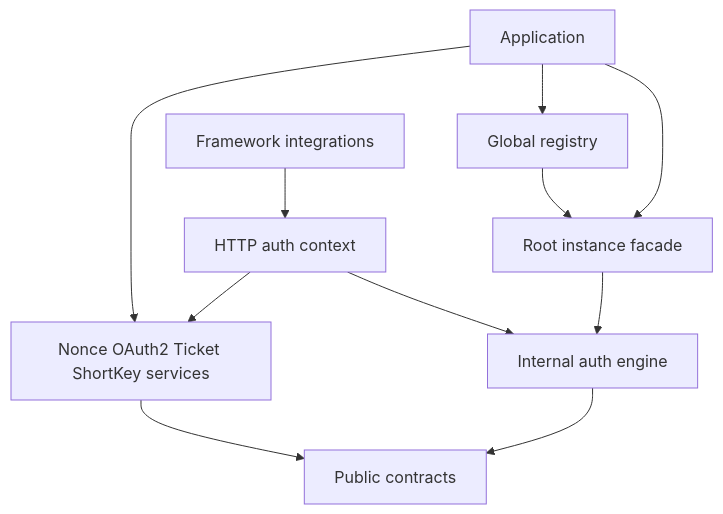
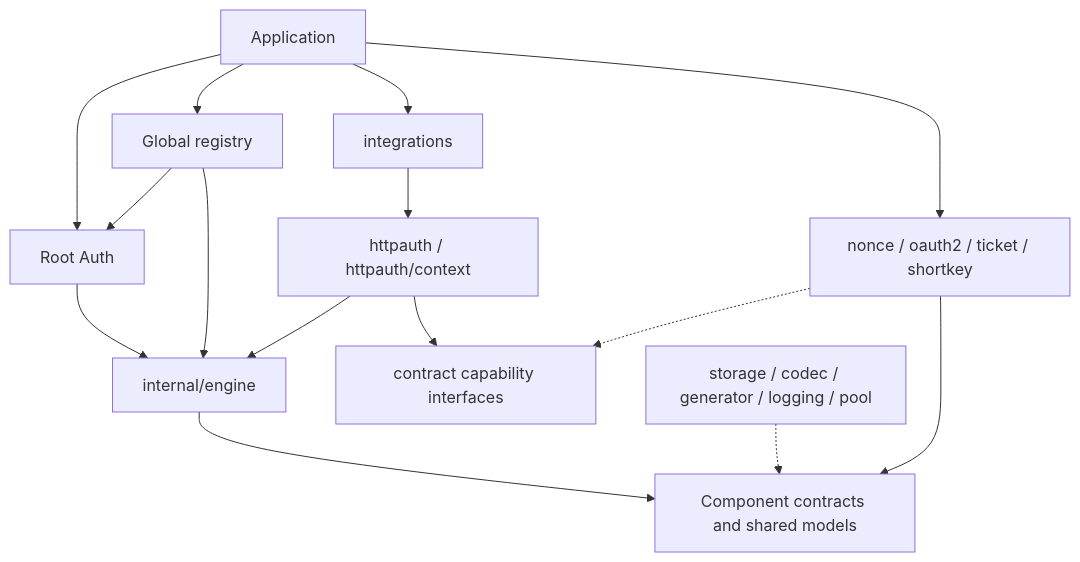
The diagram in docs/design/architecture.md (Zany2/dtoken-go), drawn with Mermaid before and after one commit. The commit also changed other lines of this file and 27 other files, not shown here.

First line of the commit message:
feat(architecture): 完善架构分层约束与源码目录规范

````diff
--- a/docs/design/architecture.md
+++ b/docs/design/architecture.md
@@ -5,13 +26,17 @@
 ```mermaid
 flowchart TD
-    App[Application] --> Auth[Root instance facade]
-    App --> Global[Global registry]
+    App["Application"] --> Auth["Root Auth"]
+    App --> Global["Global registry"]
     Global --> Auth
-    Auth --> Engine[Internal auth engine]
-    App --> Services[Nonce OAuth2 Ticket ShortKey services]
-    Services --> Contracts[Public contracts]
+    Global --> Engine["internal/engine"]
+    Auth --> Engine
+    App --> Framework["integrations"]
+    Framework --> HTTP["httpauth / httpauth/context"]
+    HTTP --> Engine
+    HTTP --> CapabilityContracts["contract capability interfaces"]
+    App --> Services["nonce / oauth2 / ticket / shortkey"]
+    Services -.-> CapabilityContracts
+    Services --> Contracts["Component contracts and shared models"]
     Engine --> Contracts
-    HTTP[Framework integrations] --> Context[HTTP auth context]
-    Context --> Engine
-    Context --> Services
+    Components["storage / codec / generator / logging / pool"] -.-> Contracts
 ```
````
